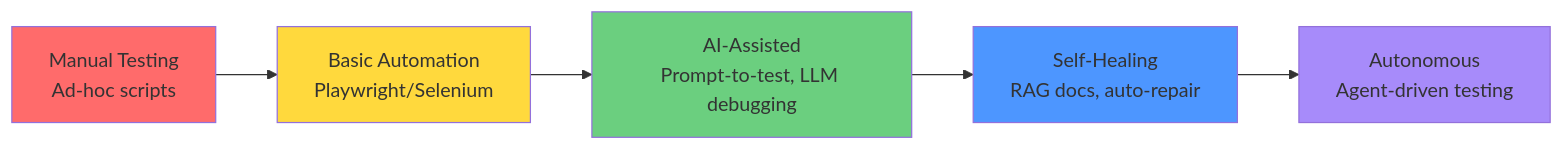
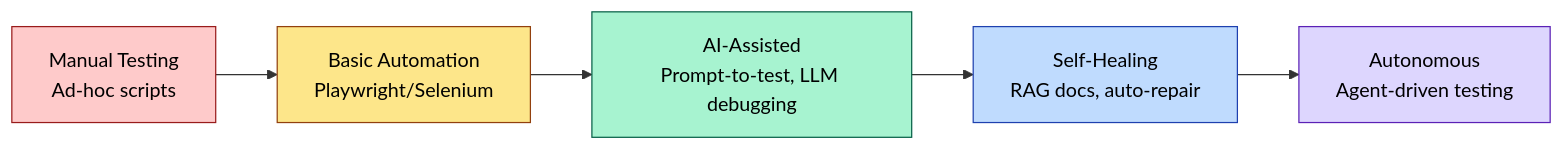
Before and after one commit to sgenerisllc/ai-testing-accelerator: the first of 2 diagrams in README.md, drawn with Mermaid.

````diff
--- a/README.md
+++ b/README.md
@@ -28,13 +28,18 @@
 ```mermaid
 graph LR
     A[Manual Testing<br/>Ad-hoc scripts] --> B[Basic Automation<br/>Playwright/Selenium]
     B --> C[AI-Assisted<br/>Prompt-to-test, LLM debugging]
     C --> D[Self-Healing<br/>RAG docs, auto-repair]
     D --> E[Autonomous<br/>Agent-driven testing]
-    
-    style A fill:#ff6b6b
-    style B fill:#ffd93d
-    style C fill:#6bcf7f
-    style D fill:#4d96ff
-    style E fill:#a78bfa
+
+    classDef s1 fill:#fecaca,color:#000,stroke:#991b1b
+    classDef s2 fill:#fde68a,color:#000,stroke:#92400e
+    classDef s3 fill:#a7f3d0,color:#000,stroke:#065f46
+    classDef s4 fill:#bfdbfe,color:#000,stroke:#1e40af
+    classDef s5 fill:#ddd6fe,color:#000,stroke:#5b21b6
+    class A s1
+    class B s2
+    class C s3
+    class D s4
+    class E s5
 ```
````
